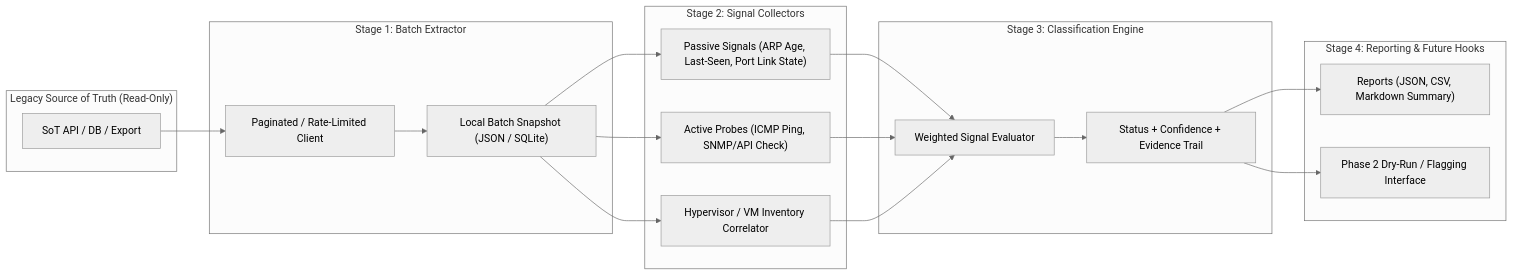
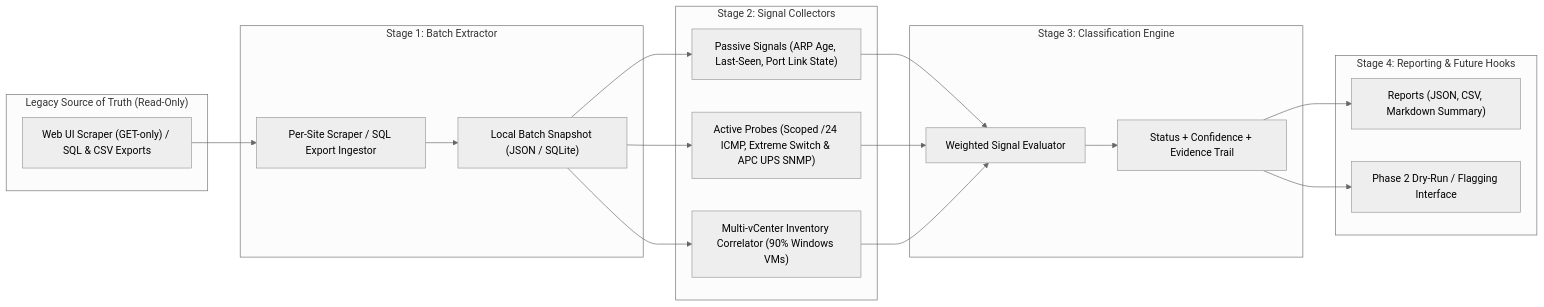
Before and after one commit to croogmandoo-personal/sot-validator: the diagram in docs/ARCHITECTURE.md, drawn with Mermaid (neutral theme). The commit also changed other lines of this file and 2 other files, not shown here.

Commit message:
Document confirmed environment profile (scraping/SQL exports, 10.x.0.0/16 sites, multi-vCenter, Extreme, APC)

````diff
--- a/docs/ARCHITECTURE.md
+++ b/docs/ARCHITECTURE.md
@@ -24,39 +37,39 @@
 ```mermaid
 flowchart LR
     subgraph SoT["Legacy Source of Truth (Read-Only)"]
-        API["SoT API / DB / Export"]
+        API["Web UI Scraper (GET-only) / SQL & CSV Exports"]
     end
 
     subgraph Stage1["Stage 1: Batch Extractor"]
-        Ext["Paginated / Rate-Limited Client"]
+        Ext["Per-Site Scraper / SQL Export Ingestor"]
         Snap["Local Batch Snapshot (JSON / SQLite)"]
         Ext --> Snap
     end
 
     subgraph Stage2["Stage 2: Signal Collectors"]
         Passive["Passive Signals (ARP Age, Last-Seen, Port Link State)"]
-        Active["Active Probes (ICMP Ping, SNMP/API Check)"]
-        VM["Hypervisor / VM Inventory Correlator"]
+        Active["Active Probes (Scoped /24 ICMP, Extreme Switch & APC UPS SNMP)"]
+        VM["Multi-vCenter Inventory Correlator (90% Windows VMs)"]
     end
 
     subgraph Stage3["Stage 3: Classification Engine"]
         Rules["Weighted Signal Evaluator"]
         Class["Status + Confidence + Evidence Trail"]
         Rules --> Class
     end
 
     subgraph Stage4["Stage 4: Reporting & Future Hooks"]
         Rep["Reports (JSON, CSV, Markdown Summary)"]
         Hook["Phase 2 Dry-Run / Flagging Interface"]
     end
 
     API --> Ext
     Snap --> Passive
     Snap --> Active
     Snap --> VM
     Passive --> Rules
     Active --> Rules
     VM --> Rules
     Class --> Rep
     Class --> Hook
 ```
````
